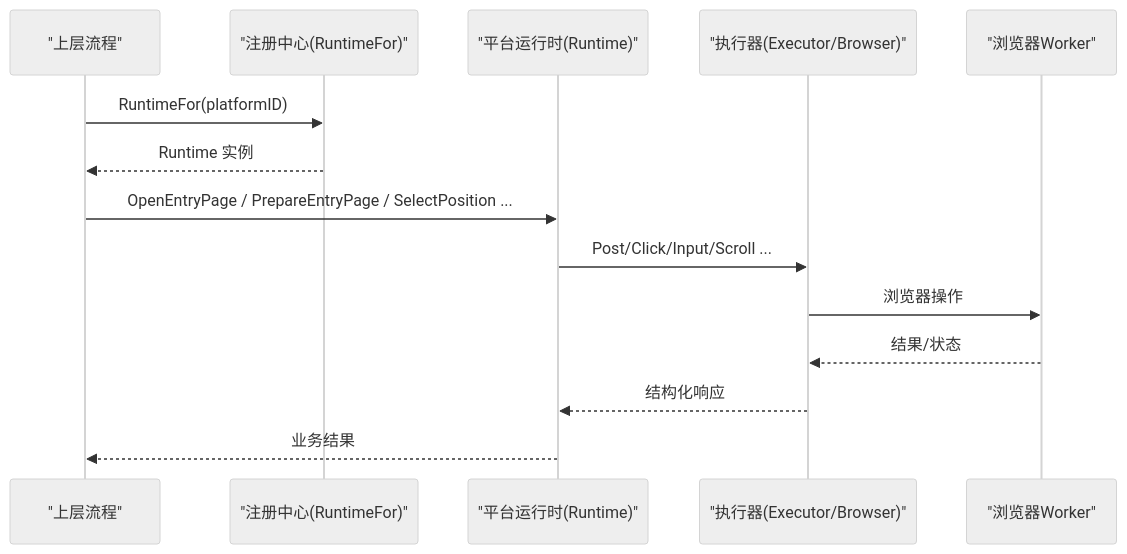
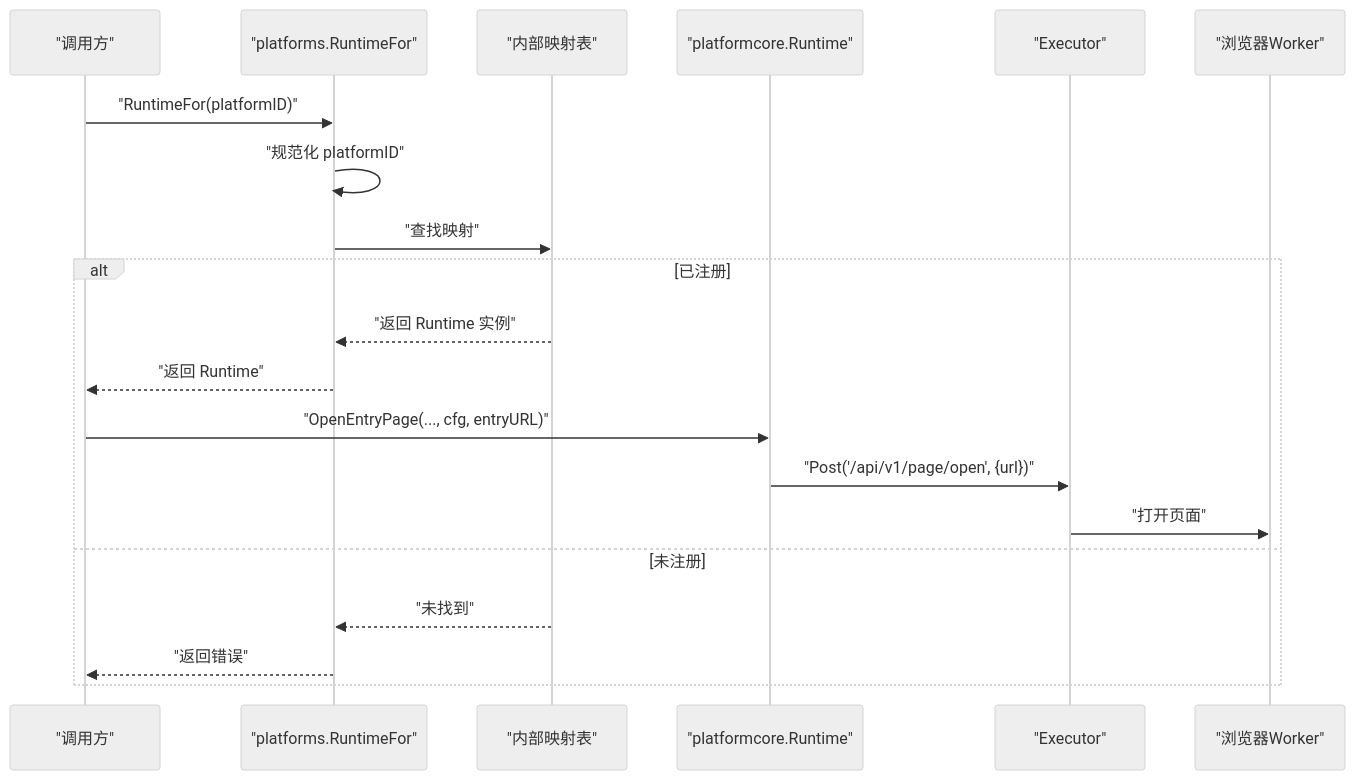
Before and after one commit to alvinwangzi/goodhr: the second of 7 diagrams in .qoder/repowiki/zh/content/系统架构/本地Agent架构/平台适配器系统/平台注册中心.md, drawn with Mermaid (neutral theme). The commit also changed other lines of this file and 149 other files, not shown here.

````diff
--- a/.qoder/repowiki/zh/content/系统架构/本地Agent架构/平台适配器系统/平台注册中心.md
+++ b/.qoder/repowiki/zh/content/系统架构/本地Agent架构/平台适配器系统/平台注册中心.md
@@ -97,16 +88,22 @@
 ```mermaid
 sequenceDiagram
-participant Caller as "上层流程"
-participant Reg as "注册中心(RuntimeFor)"
-participant RT as "平台运行时(Runtime)"
-participant Exec as "执行器(Executor/Browser)"
+participant Caller as "调用方"
+participant Reg as "platforms.RuntimeFor"
+participant Map as "内部映射表"
+participant RT as "platformcore.Runtime"
+participant Exec as "Executor"
 participant Worker as "浏览器Worker"
-Caller->>Reg : RuntimeFor(platformID)
-Reg-->>Caller : Runtime 实例
-Caller->>RT : OpenEntryPage / PrepareEntryPage / SelectPosition ...
-RT->>Exec : Post/Click/Input/Scroll ...
-Exec->>Worker : 浏览器操作
-Worker-->>Exec : 结果/状态
-Exec-->>RT : 结构化响应
-RT-->>Caller : 业务结果
+Caller->>Reg : "RuntimeFor(platformID)"
+Reg->>Reg : "规范化 platformID"
+Reg->>Map : "查找映射"
+alt 已注册
+Map-->>Reg : "返回 Runtime 实例"
+Reg-->>Caller : "返回 Runtime"
+Caller->>RT : "OpenEntryPage(..., cfg, entryURL)"
+RT->>Exec : "Post('/api/v1/page/open', {url})"
+Exec->>Worker : "打开页面"
+else 未注册
+Map-->>Reg : "未找到"
+Reg-->>Caller : "返回错误"
+end
 ```
````
